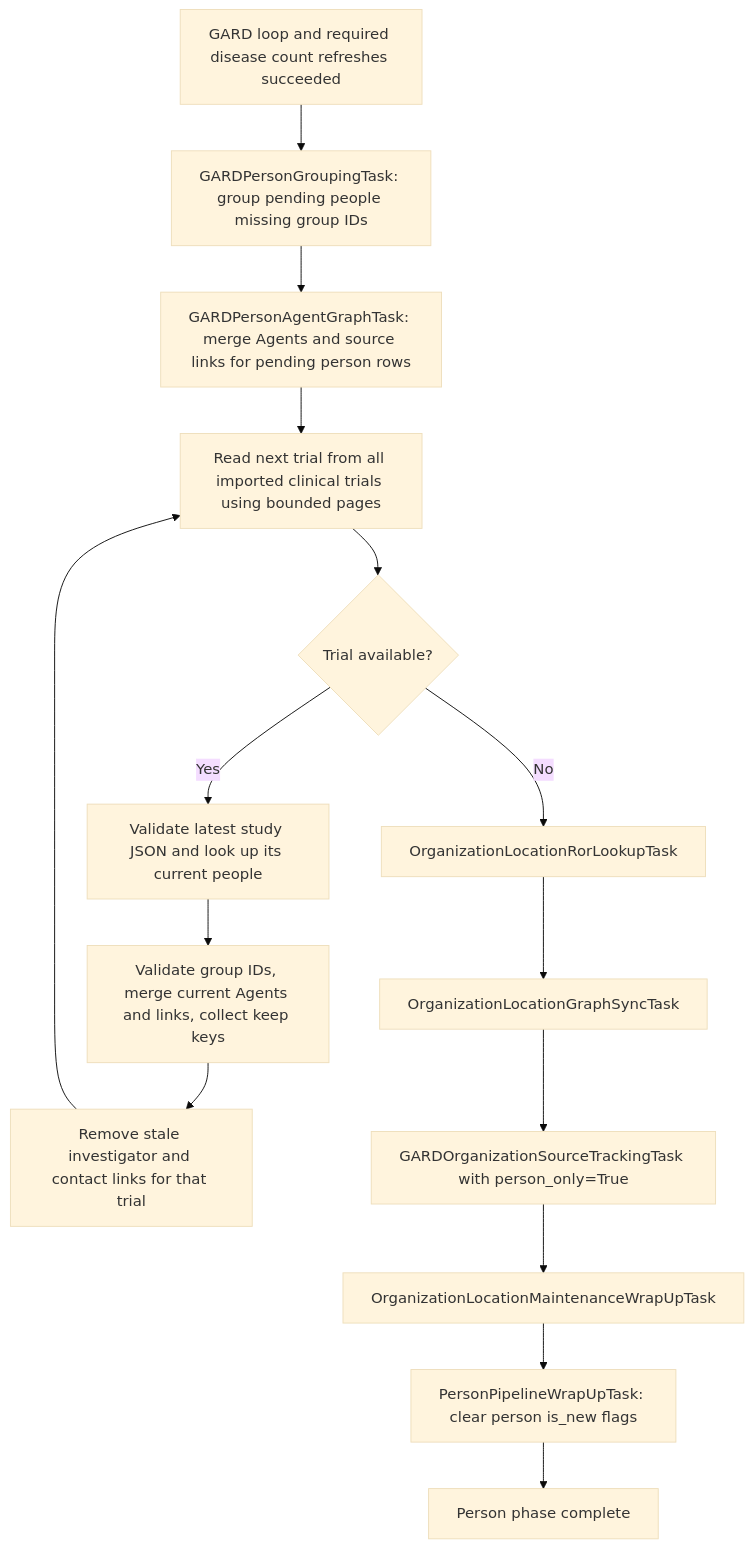
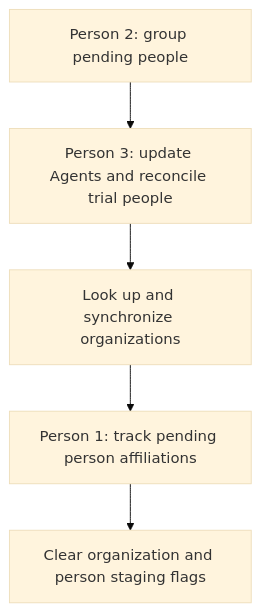
Before and after one commit to ncats/RDAS: the third of 3 diagrams in Z_GARD_Update/2_GARD_main_pipelines/pipeline_2_process_gard_nodes.md, drawn with Mermaid (base theme). The commit also changed other lines of this file and 3 other files, not shown here.

Commit message:
Fix: Use indexed substance copies and batched clinical trial SQL with detailed progress timing

````diff
--- a/Z_GARD_Update/2_GARD_main_pipelines/pipeline_2_process_gard_nodes.md
+++ b/Z_GARD_Update/2_GARD_main_pipelines/pipeline_2_process_gard_nodes.md
@@ -193,17 +197,7 @@
 ```mermaid
 flowchart TD
-    Start["GARD loop and required disease count refreshes succeeded"] --> Group["GARDPersonGroupingTask: group pending people missing group IDs"]
-    Group --> Pending["GARDPersonAgentGraphTask: merge Agents and source links for pending person rows"]
-    Pending --> Trials["Read next trial from all imported clinical trials using bounded pages"]
-    Trials --> More{"Trial available?"}
-    More -- Yes --> Validate["Validate latest study JSON and look up its current people"]
-    Validate --> Merge["Validate group IDs, merge current Agents and links, collect keep keys"]
-    Merge --> Cleanup["Remove stale investigator and contact links for that trial"]
-    Cleanup --> Trials
-    More -- No --> Ror["OrganizationLocationRorLookupTask"]
-    Ror --> OrgGraph["OrganizationLocationGraphSyncTask"]
-    OrgGraph --> Sources["GARDOrganizationSourceTrackingTask with person_only=True"]
-    Sources --> OrgWrap["OrganizationLocationMaintenanceWrapUpTask"]
-    OrgWrap --> PersonWrap["PersonPipelineWrapUpTask: clear person is_new flags"]
-    PersonWrap --> Finish["Person phase complete"]
+    Group["Person 2: group pending people"] --> Agents["Person 3: update Agents and reconcile trial people"]
+    Agents --> Orgs["Look up and synchronize organizations"]
+    Orgs --> Sources["Person 1: track pending person affiliations"]
+    Sources --> Wrap["Clear organization and person staging flags"]
 ```
````
